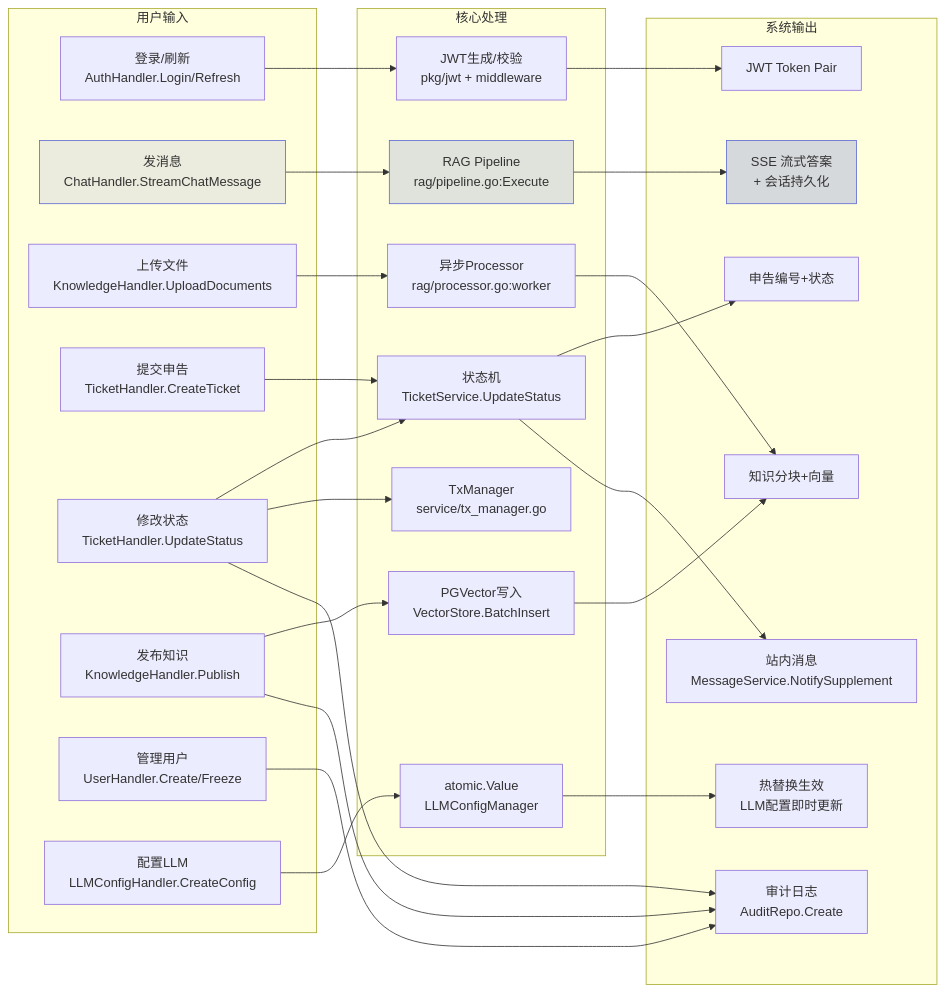
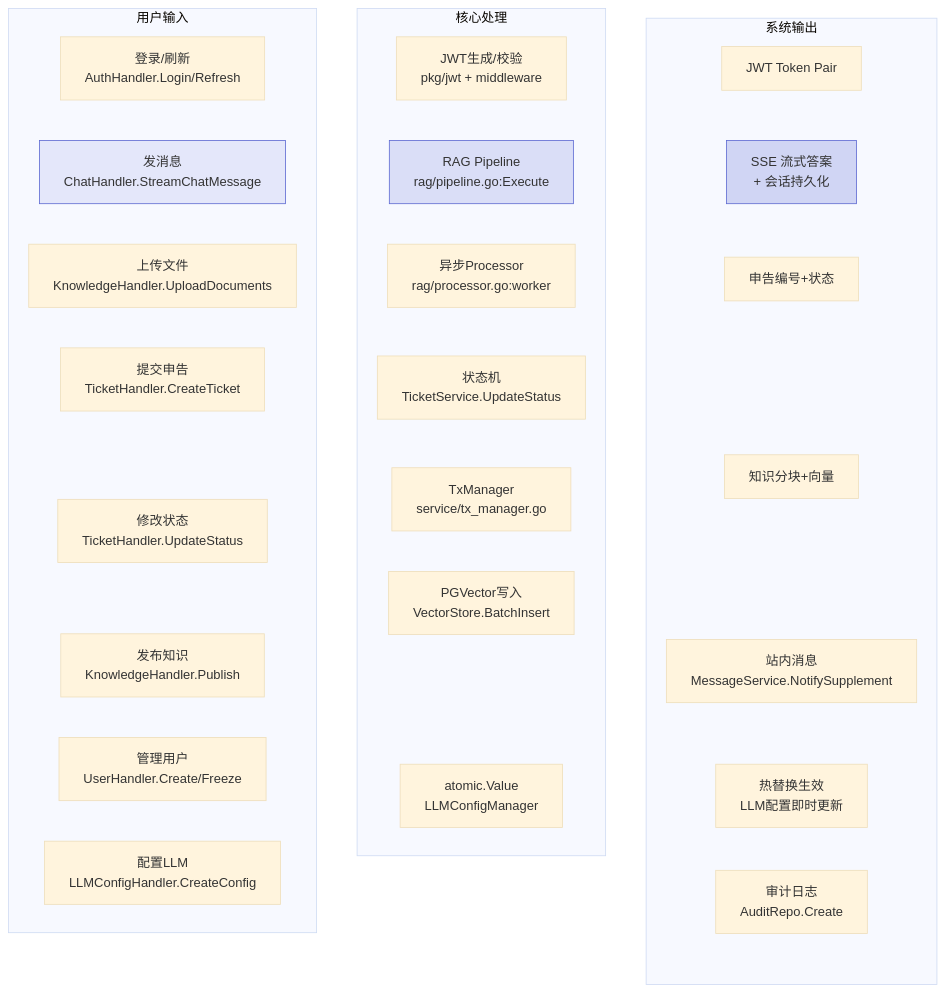
One commit to int2t05/Cognik changed the tenth of 10 diagrams in docs/diagrams/master-data-flow.md. Above: the diagram before and after it, drawn with Mermaid. The commit also changed other lines of this file, not shown here.

First line of the commit message:
fix: Mermaid 图修复 — SQL 分号解析错误 + 透明背景

````diff
--- a/docs/diagrams/master-data-flow.md
+++ b/docs/diagrams/master-data-flow.md
@@ -504,49 +513,50 @@
 ```mermaid
+%%{init: {"theme": "base", "themeVariables": {"background": "transparent"}}}%%
 flowchart LR
     subgraph Inputs["用户输入"]
         I1["登录/刷新<br/>AuthHandler.Login/Refresh"]
         I2["发消息<br/>ChatHandler.StreamChatMessage"]
         I3["上传文件<br/>KnowledgeHandler.UploadDocuments"]
         I4["提交申告<br/>TicketHandler.CreateTicket"]
         I5["修改状态<br/>TicketHandler.UpdateStatus"]
         I6["发布知识<br/>KnowledgeHandler.Publish"]
         I7["管理用户<br/>UserHandler.Create/Freeze"]
         I8["配置LLM<br/>LLMConfigHandler.CreateConfig"]
     end
 
     subgraph Processing["核心处理"]
         P1["JWT生成/校验<br/>pkg/jwt + middleware"]
         P2["RAG Pipeline<br/>rag/pipeline.go:Execute"]
         P3["异步Processor<br/>rag/processor.go:worker"]
         P4["状态机<br/>TicketService.UpdateStatus"]
         P5["PGVector写入<br/>VectorStore.BatchInsert"]
         P6["atomic.Value<br/>LLMConfigManager"]
         P7["TxManager<br/>service/tx_manager.go"]
     end
 
     subgraph Outputs["系统输出"]
         O1["JWT Token Pair"]
         O2["SSE 流式答案<br/>+ 会话持久化"]
         O3["知识分块+向量"]
         O4["申告编号+状态"]
         O5["站内消息<br/>MessageService.NotifySupplement"]
         O6["审计日志<br/>AuditRepo.Create"]
         O7["热替换生效<br/>LLM配置即时更新"]
     end
 
     I1 --> P1 --> O1
     I2 --> P2 --> O2
     I3 --> P3 --> O3
     I4 --> P4 --> O4
     I5 --> P4 --> O5
     I5 --> P7
     I6 --> P5 --> O3
     I5 --> O6
     I6 --> O6
     I7 --> O6
     I8 --> P6 --> O7
 
     style I2 fill:#5e6ad220,stroke:#5e6ad2
     style P2 fill:#5e6ad230,stroke:#5e6ad2
     style O2 fill:#5e6ad240,stroke:#5e6ad2
 ```
````
